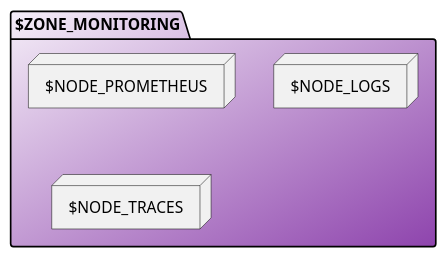
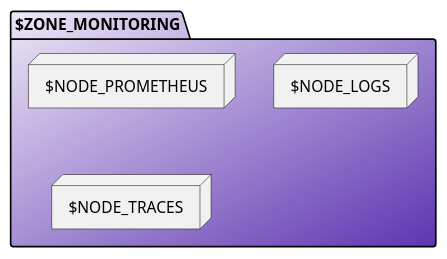
Before and after one commit to salimnamvar/selma: the diagram in docs/deployment/common/dep_section_monitoring.puml, drawn with PlantUML. The commit also changed 34 other files, not shown here.

```diff
--- a/docs/deployment/common/dep_section_monitoring.puml
+++ b/docs/deployment/common/dep_section_monitoring.puml
@@ -1,11 +1,11 @@
 ' ============================================================
 ' Section: MONITORING ZONE (ops observability · not C4 peers)
 ' Aliases: ZONE_MON, NODE_PROMETHEUS, NODE_LOGS, NODE_TRACES
 ' ============================================================
 
 ' Zone fill/border = DEP_ZONE_MON_* (#F5EEF8 / #8E44AD · ops / mediated)
-package "$ZONE_MONITORING" as ZONE_MON #F5EEF8/8E44AD {
+package "$ZONE_MONITORING" as ZONE_MON #EDE7F6/5E35B1 {
   node "$NODE_PROMETHEUS" as NODE_PROMETHEUS
   node "$NODE_LOGS" as NODE_LOGS
   node "$NODE_TRACES" as NODE_TRACES
 }
```
